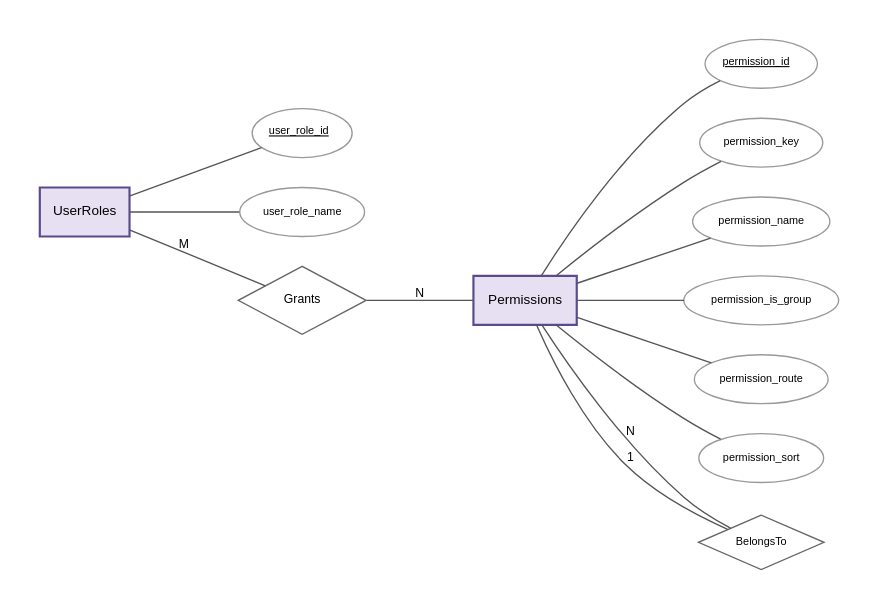
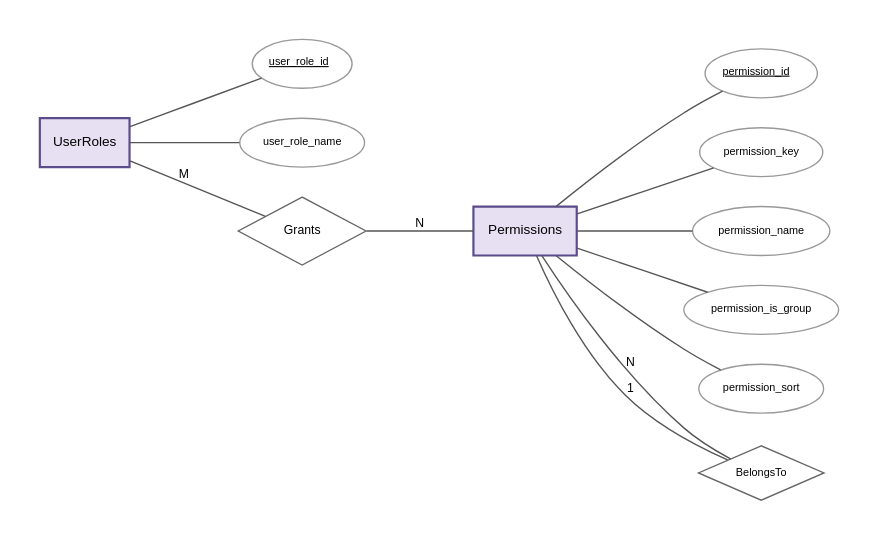
The diagram in docs/diagram/er-1-jogosultsag.dot (mbodigit/time_tracking_system_prototype), drawn with Graphviz before and after one commit. The commit also changed 47 other files, not shown here.

```diff
--- a/docs/diagram/er-1-jogosultsag.dot
+++ b/docs/diagram/er-1-jogosultsag.dot
@@ -1,36 +1,34 @@
 graph ER {
   fontname="Helvetica";
   graph [rankdir=LR, splines=spline, nodesep=0.3, ranksep=1.0, pack=true, packmode=array, bgcolor="white", pad=0.3];
   node [fontname="Helvetica", fontsize=10];
   edge [fontname="Helvetica", fontsize=9, color="#555555"];
 
   // fókuszban lévő egyedek, minden attribútummal
   "UserRoles" [shape=box, style="filled,bold", fillcolor="#E7E0F3", color="#5B4B8A", penwidth=1.6];
   "UserRoles__user_role_id" [shape=ellipse, style=filled, fillcolor="white", color="#999999", fontsize=8, label=<<U>user_role_id</U>>];
   "UserRoles" -- "UserRoles__user_role_id" [len=0.8, weight=4];
   "UserRoles__user_role_name" [shape=ellipse, style=filled, fillcolor="white", color="#999999", fontsize=8, label="user_role_name"];
   "UserRoles" -- "UserRoles__user_role_name" [len=0.8, weight=4];
   "Permissions" [shape=box, style="filled,bold", fillcolor="#E7E0F3", color="#5B4B8A", penwidth=1.6];
   "Permissions__permission_id" [shape=ellipse, style=filled, fillcolor="white", color="#999999", fontsize=8, label=<<U>permission_id</U>>];
   "Permissions" -- "Permissions__permission_id" [len=0.8, weight=4];
   "Permissions__permission_key" [shape=ellipse, style=filled, fillcolor="white", color="#999999", fontsize=8, label="permission_key"];
   "Permissions" -- "Permissions__permission_key" [len=0.8, weight=4];
   "Permissions__permission_name" [shape=ellipse, style=filled, fillcolor="white", color="#999999", fontsize=8, label="permission_name"];
   "Permissions" -- "Permissions__permission_name" [len=0.8, weight=4];
   "Permissions__permission_is_group" [shape=ellipse, style=filled, fillcolor="white", color="#999999", fontsize=8, label="permission_is_group"];
   "Permissions" -- "Permissions__permission_is_group" [len=0.8, weight=4];
-  "Permissions__permission_route" [shape=ellipse, style=filled, fillcolor="white", color="#999999", fontsize=8, label="permission_route"];
-  "Permissions" -- "Permissions__permission_route" [len=0.8, weight=4];
   "Permissions__permission_sort" [shape=ellipse, style=filled, fillcolor="white", color="#999999", fontsize=8, label="permission_sort"];
   "Permissions" -- "Permissions__permission_sort" [len=0.8, weight=4];
 
   // kapcsolatok
   "R_fk_permission_parent" [shape=diamond, style=filled, fillcolor="white", color="#666666", fontsize=8, label="BelongsTo", width=1.0, height=0.55];
   "Permissions" -- "R_fk_permission_parent" [label="N", len=2.4];
   "R_fk_permission_parent" -- "Permissions" [label="1", len=2.4];
 
   // több-a-többhöz kapcsolatok (a relációs sémában kapcsolótábla)
   "R_RolePermissions" [shape=diamond, style=filled, fillcolor="white", color="#666666", fontsize=9, label="Grants", width=1.3, height=0.7];
   "UserRoles" -- "R_RolePermissions" [label="M", len=2.4];
   "R_RolePermissions" -- "Permissions" [label="N", len=2.4];
 }
```
